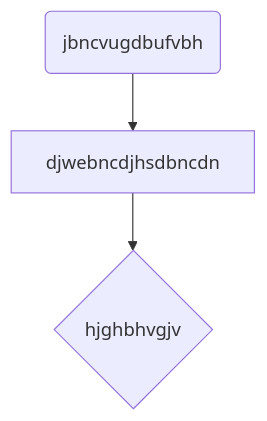
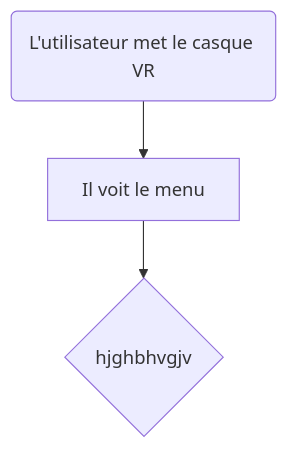
The diagram in README.md (samesthumain/sac-de-sable), drawn with Mermaid before and after one commit. The commit also changed other lines of this file, not shown here.

````diff
--- a/README.md
+++ b/README.md
@@ -5,7 +5,7 @@
 ```mermaid
 flowchart TD
-    A(jbncvugdbufvbh) --> B[djwebncdjhsdbncdn]
+    A(L'utilisateur met le casque VR) --> B[Il voit le menu]
     B --> C{hjghbhvgjv}
 
 
 ```
````
